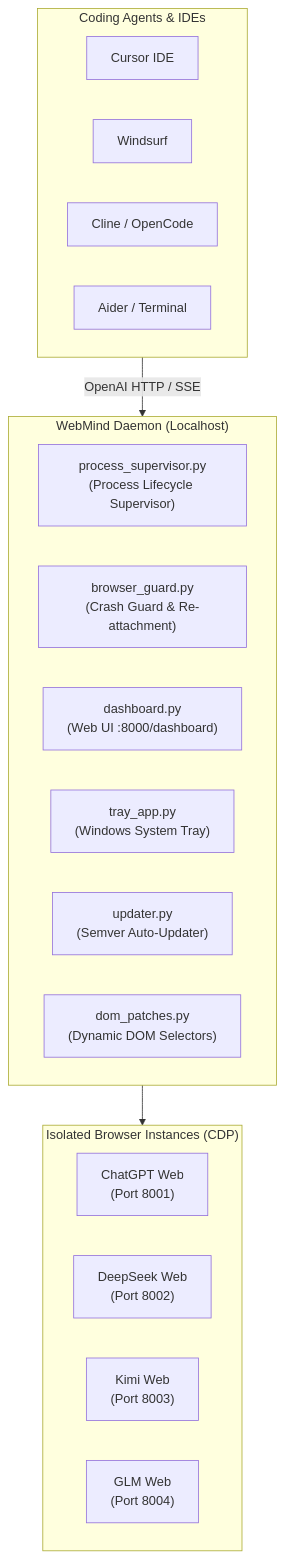
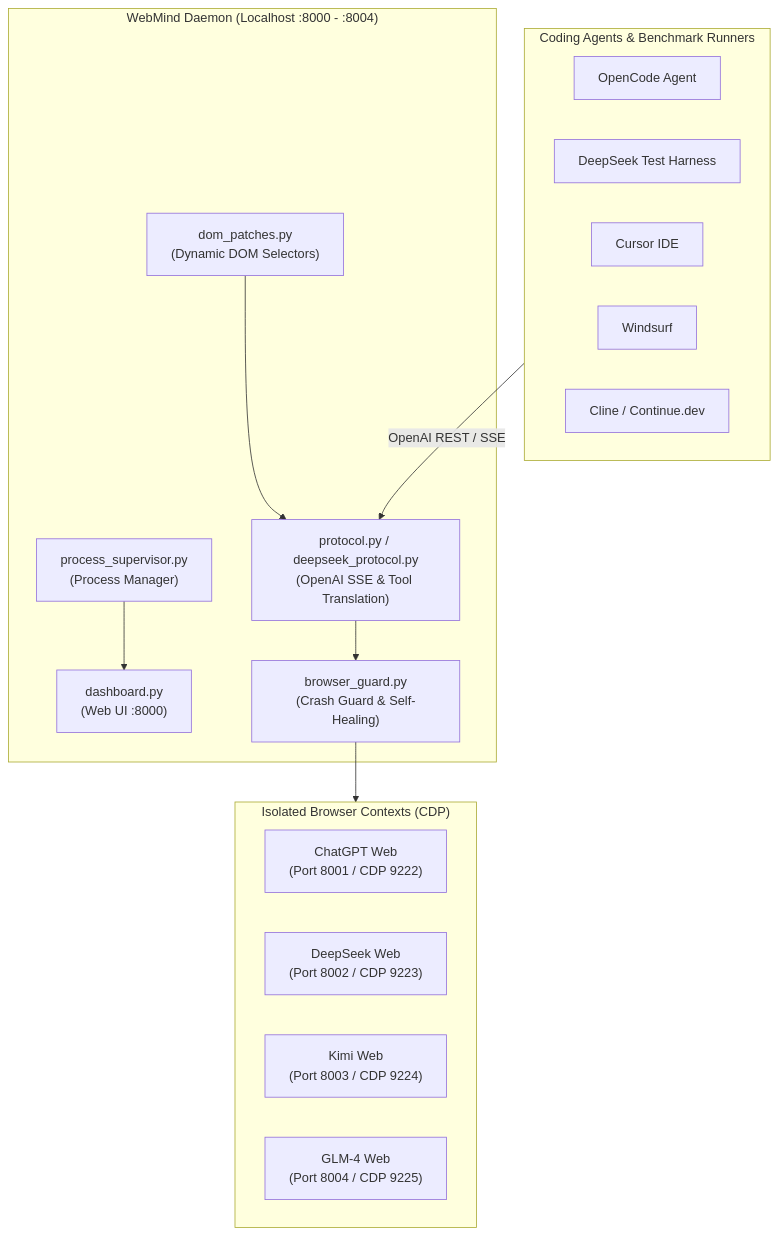
One commit to Vaibhav-Upadhyaya/WebMind changed the diagram in README.md. Above: the diagram before and after it, drawn with Mermaid. The commit also changed other lines of this file and 1 other file, not shown here.

Commit message:
docs: expand README with default ports, OpenAI protocol specs, and OpenCode / DeepSeek harness wiring

````diff
--- a/README.md
+++ b/README.md
@@ -219,28 +443,31 @@
 ```mermaid
 flowchart TD
-    subgraph CodingAgents["Coding Agents & IDEs"]
+    subgraph CodingAgents["Coding Agents & Benchmark Runners"]
+        OpenCode["OpenCode Agent"]
+        DSHarness["DeepSeek Test Harness"]
         Cursor["Cursor IDE"]
         Windsurf["Windsurf"]
-        Cline["Cline / OpenCode"]
-        Aider["Aider / Terminal"]
+        Cline["Cline / Continue.dev"]
     end
 
-    subgraph WebMindDaemon["WebMind Daemon (Localhost)"]
-        Supervisor["process_supervisor.py\n(Process Lifecycle Supervisor)"]
-        Guard["browser_guard.py\n(Crash Guard & Re-attachment)"]
-        Dashboard["dashboard.py\n(Web UI :8000/dashboard)"]
-        Tray["tray_app.py\n(Windows System Tray)"]
-        Updater["updater.py\n(Semver Auto-Updater)"]
-        Patches["dom_patches.py\n(Dynamic DOM Selectors)"]
+    subgraph WebMindDaemon["WebMind Daemon (Localhost :8000 - :8004)"]
+        Dashboard["dashboard.py\n(Web UI :8000)"]
+        Supervisor["process_supervisor.py\n(Process Manager)"]
+        Guard["browser_guard.py\n(Crash Guard & Self-Healing)"]
+        Protocol["protocol.py / deepseek_protocol.py\n(OpenAI SSE & Tool Translation)"]
+        HotPatch["dom_patches.py\n(Dynamic DOM Selectors)"]
     end
 
-    subgraph BrowserPipelines["Isolated Browser Instances (CDP)"]
-        ChatGPT["ChatGPT Web\n(Port 8001)"]
-        DeepSeek["DeepSeek Web\n(Port 8002)"]
-        Kimi["Kimi Web\n(Port 8003)"]
-        GLM["GLM Web\n(Port 8004)"]
+    subgraph BrowserEngines["Isolated Browser Contexts (CDP)"]
+        ChatGPT["ChatGPT Web\n(Port 8001 / CDP 9222)"]
+        DeepSeek["DeepSeek Web\n(Port 8002 / CDP 9223)"]
+        Kimi["Kimi Web\n(Port 8003 / CDP 9224)"]
+        GLM["GLM-4 Web\n(Port 8004 / CDP 9225)"]
     end
 
-    CodingAgents -->|OpenAI HTTP / SSE| WebMindDaemon
-    WebMindDaemon --> BrowserPipelines
+    CodingAgents -->|OpenAI REST / SSE| Protocol
+    Protocol --> Guard
+    Guard --> BrowserEngines
+    Supervisor --> Dashboard
+    HotPatch --> Protocol
 ```
````
